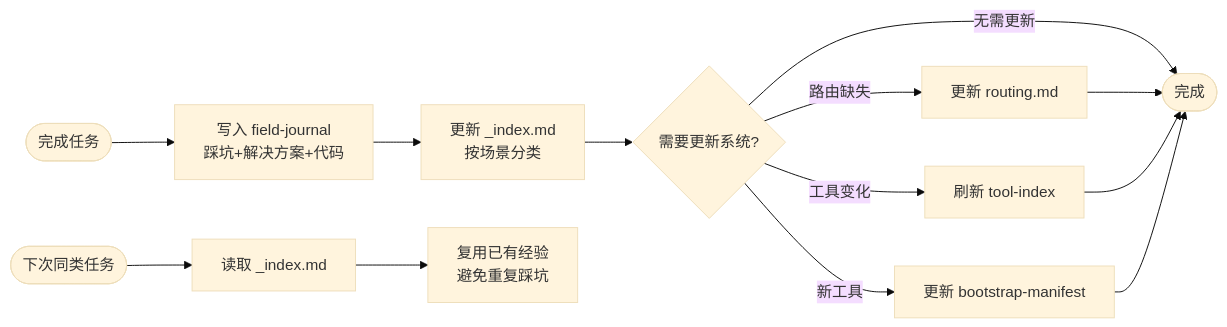
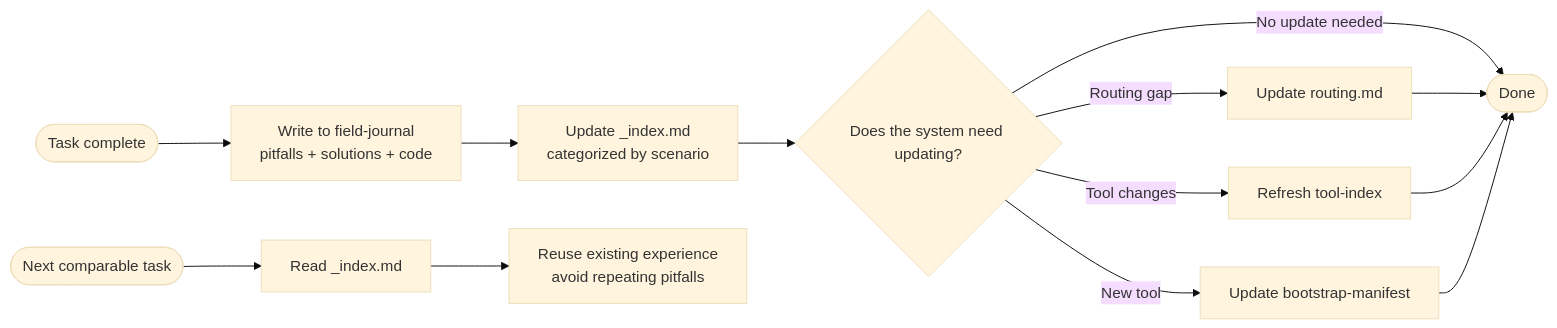
One commit to dbx0/skills changed the fifth of 7 diagrams in skills/_infra/reverse-engineering-ctf-repo/ARCHITECTURE.md. Above: the diagram before and after it, drawn with Mermaid (base theme). The commit also changed other lines of this file and 172 other files, not shown here.

````diff
--- a/skills/_infra/reverse-engineering-ctf-repo/ARCHITECTURE.md
+++ b/skills/_infra/reverse-engineering-ctf-repo/ARCHITECTURE.md
@@ -153,16 +153,16 @@
 ```mermaid
 flowchart LR
-    Task([完成任务]) --> WriteLog[写入 field-journal<br/>踩坑+解决方案+代码]
-    WriteLog --> UpdateIdx[更新 _index.md<br/>按场景分类]
-    UpdateIdx --> CheckUpdate{需要更新系统?}
+    Task([Task complete]) --> WriteLog[Write to field-journal<br/>pitfalls + solutions + code]
+    WriteLog --> UpdateIdx[Update _index.md<br/>categorized by scenario]
+    UpdateIdx --> CheckUpdate{Does the system need updating?}
     
-    CheckUpdate -->|路由缺失| FixRoute[更新 routing.md]
-    CheckUpdate -->|工具变化| FixTool[刷新 tool-index]
-    CheckUpdate -->|新工具| FixManifest[更新 bootstrap-manifest]
-    CheckUpdate -->|无需更新| Done([完成])
+    CheckUpdate -->|Routing gap| FixRoute[Update routing.md]
+    CheckUpdate -->|Tool changes| FixTool[Refresh tool-index]
+    CheckUpdate -->|New tool| FixManifest[Update bootstrap-manifest]
+    CheckUpdate -->|No update needed| Done([Done])
     
     FixRoute & FixTool & FixManifest --> Done
 
-    NewTask([下次同类任务]) --> ReadIdx[读取 _index.md]
-    ReadIdx --> Reuse[复用已有经验<br/>避免重复踩坑]
+    NewTask([Next comparable task]) --> ReadIdx[Read _index.md]
+    ReadIdx --> Reuse[Reuse existing experience<br/>avoid repeating pitfalls]
 ```
````
